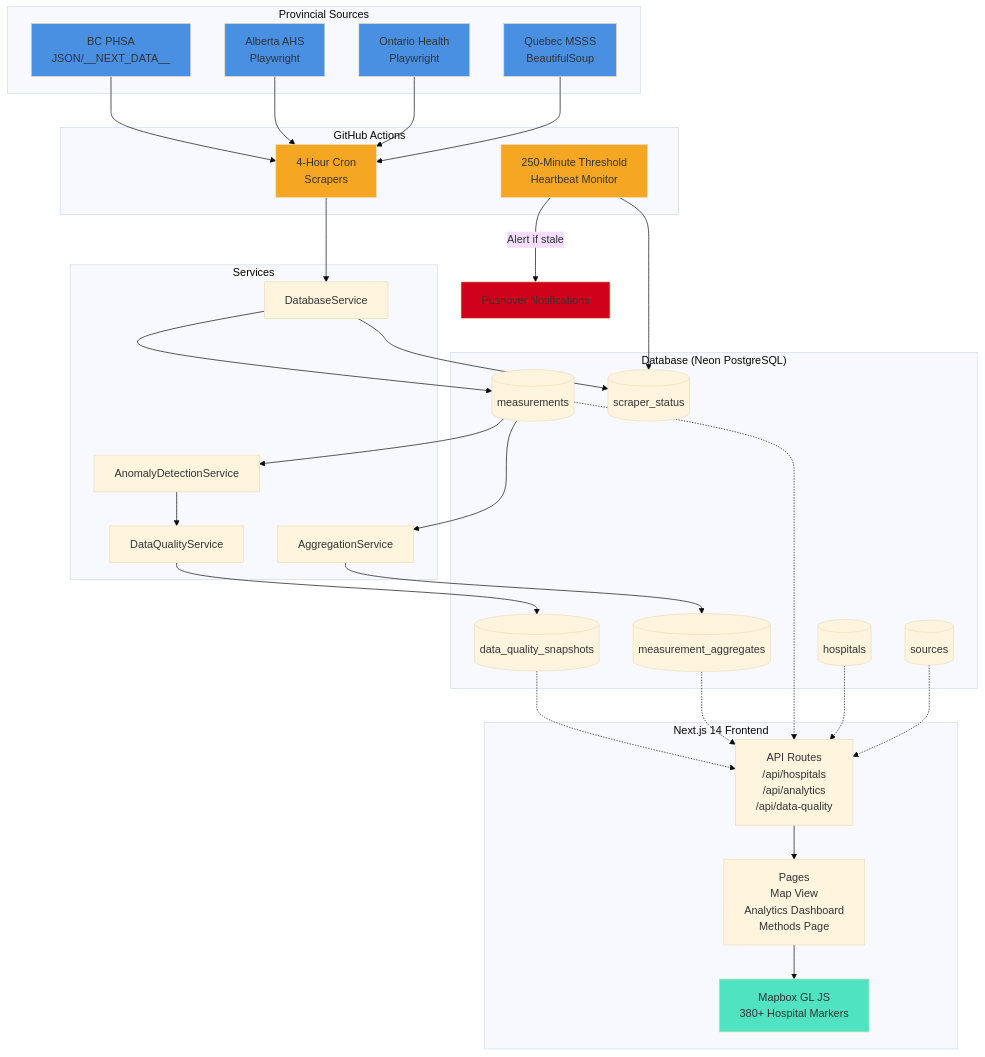
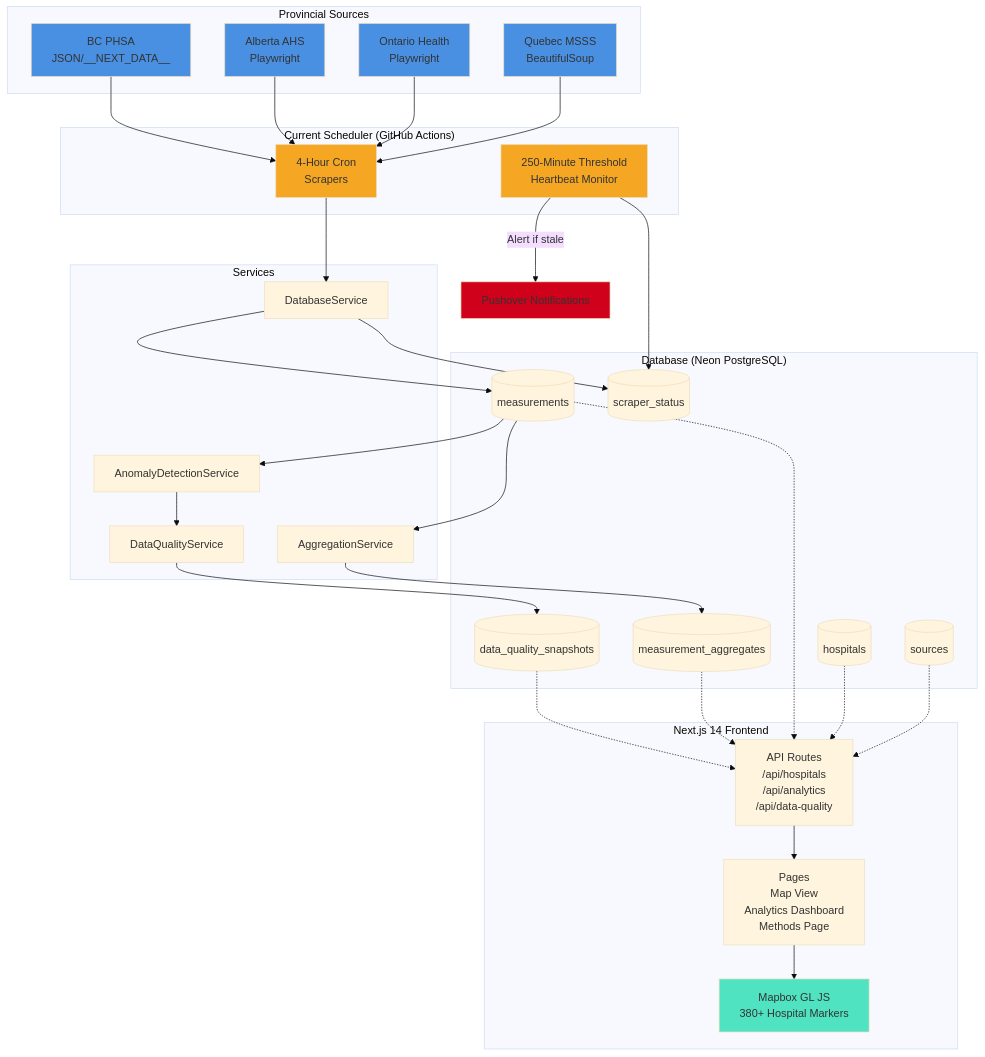
The diagram in README.md (jerdaw/waittimecanada), drawn with Mermaid (base theme) before and after one commit. The commit also changed other lines of this file and 35 other files, not shown here.

````diff
--- a/README.md
+++ b/README.md
@@ -99,73 +100,73 @@
 ```mermaid
 graph TD
     subgraph "Provincial Sources"
         QC[Quebec MSSS<br/>BeautifulSoup]
         ON[Ontario Health<br/>Playwright]
         AB[Alberta AHS<br/>Playwright]
         BC[BC PHSA<br/>JSON/__NEXT_DATA__]
     end
 
-    subgraph "GitHub Actions"
+    subgraph "Current Scheduler (GitHub Actions)"
         CRON[4-Hour Cron<br/>Scrapers]
         HB[250-Minute Threshold<br/>Heartbeat Monitor]
     end
 
     subgraph "Database (Neon PostgreSQL)"
         SOURCES[(sources)]
         HOSPITALS[(hospitals)]
         MEASUREMENTS[(measurements)]
         AGGREGATES[(measurement_aggregates)]
         QUALITY[(data_quality_snapshots)]
         STATUS[(scraper_status)]
     end
 
     subgraph "Next.js 14 Frontend"
         API[API Routes<br/>/api/hospitals<br/>/api/analytics<br/>/api/data-quality]
         PAGES[Pages<br/>Map View<br/>Analytics Dashboard<br/>Methods Page]
         MAP[Mapbox GL JS<br/>380+ Hospital Markers]
     end
 
     subgraph "Services"
         DB_SVC[DatabaseService]
         AGG_SVC[AggregationService]
         DQ_SVC[DataQualityService]
         ANOM_SVC[AnomalyDetectionService]
     end
 
     QC --> CRON
     ON --> CRON
     AB --> CRON
     BC --> CRON
 
     CRON --> DB_SVC
     DB_SVC --> MEASUREMENTS
     DB_SVC --> STATUS
 
     HB --> STATUS
     HB -->|Alert if stale| PUSHOVER[Pushover Notifications]
 
     MEASUREMENTS --> AGG_SVC
     AGG_SVC --> AGGREGATES
 
     MEASUREMENTS --> ANOM_SVC
     ANOM_SVC --> DQ_SVC
     DQ_SVC --> QUALITY
 
     SOURCES -.-> API
     HOSPITALS -.-> API
     MEASUREMENTS -.-> API
     AGGREGATES -.-> API
     QUALITY -.-> API
 
     API --> PAGES
     PAGES --> MAP
 
     style QC fill:#4A90E2
     style ON fill:#4A90E2
     style AB fill:#4A90E2
     style BC fill:#4A90E2
     style CRON fill:#F5A623
     style HB fill:#F5A623
     style PUSHOVER fill:#D0021B
     style MAP fill:#50E3C2
 ```
````
